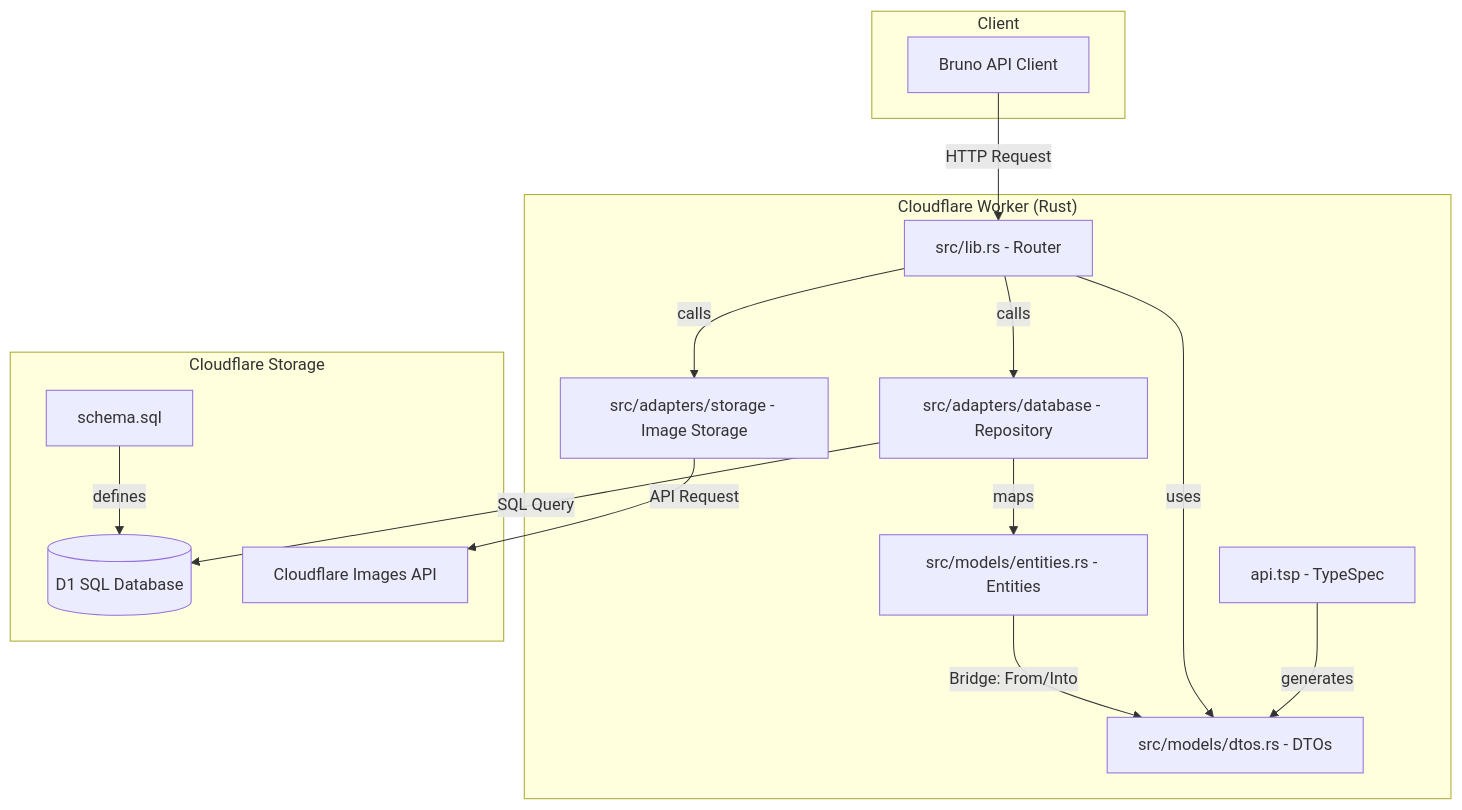
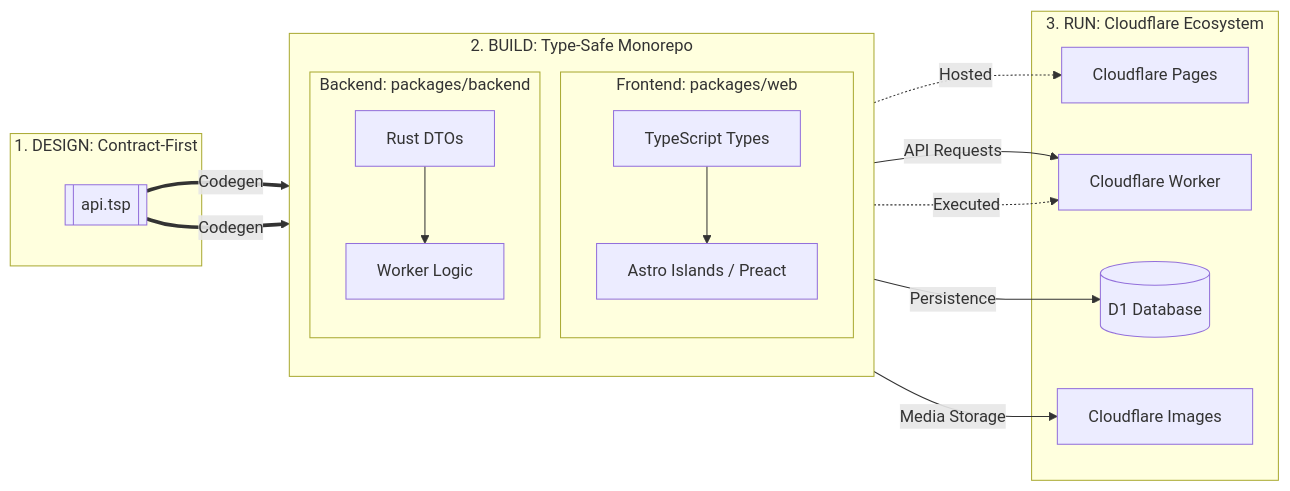
Before and after one commit to rickfoxcroft/events-backend: the diagram in README.md, drawn with Mermaid. The commit also changed other lines of this file and 50 other files, not shown here.

Commit message:
feat: add astro frontend and restructure to monorepo

````diff
--- a/README.md
+++ b/README.md
@@ -23,33 +27,35 @@
 ```mermaid
-graph TD
-    subgraph Client
-        Bruno[Bruno API Client]
+graph LR
+    subgraph Contract [1. DESIGN: Contract-First]
+        TSP[[api.tsp]]
     end
 
-    subgraph "Cloudflare Worker (Rust)"
-        Contract[api.tsp - TypeSpec]
-        DTOs[src/models/dtos.rs - DTOs]
-        Router[src/lib.rs - Router]
-        Repo[src/adapters/database - Repository]
-        Storage[src/adapters/storage - Image Storage]
-        Entities[src/models/entities.rs - Entities]
-
-        Contract -- generates --> DTOs
-        Router -- uses --> DTOs
-        Router -- calls --> Repo
-        Router -- calls --> Storage
-        Repo -- maps --> Entities
-        Entities -- Bridge: From/Into --> DTOs
+    subgraph Implementation [2. BUILD: Type-Safe Monorepo]
+        direction TB
+        subgraph Web [Frontend: packages/web]
+            TST[TypeScript Types] --> UI[Astro Islands / Preact]
+        end
+        subgraph Backend [Backend: packages/backend]
+            DTO[Rust DTOs] --> Logic[Worker Logic]
+        end
     end
 
-    subgraph "Cloudflare Storage"
-        D1[(D1 SQL Database)]
-        CFImages[Cloudflare Images API]
-        Schema[schema.sql]
+    subgraph Infrastructure [3. RUN: Cloudflare Ecosystem]
+        Pages[Cloudflare Pages]
+        Worker[Cloudflare Worker]
+        Data[(D1 Database)]
+        Media[Cloudflare Images]
     end
 
-    Bruno -- HTTP Request --> Router
-    Repo -- SQL Query --> D1
-    Storage -- API Request --> CFImages
-    Schema -- defines --> D1
+    %% Flow of Logic and Types
+    TSP == Codegen ==> TST
+    TSP == Codegen ==> DTO
+    
+    UI -- API Requests --> Worker
+    Logic -- Persistence --> Data
+    Logic -- Media Storage --> Media
+
+    %% Deployment Mapping
+    Web -. Hosted .-> Pages
+    Backend -. Executed .-> Worker
 ```
````
